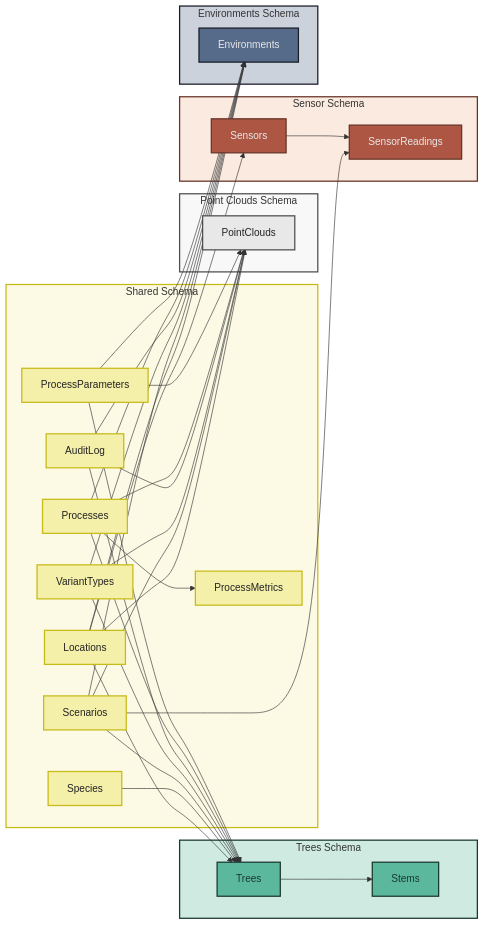
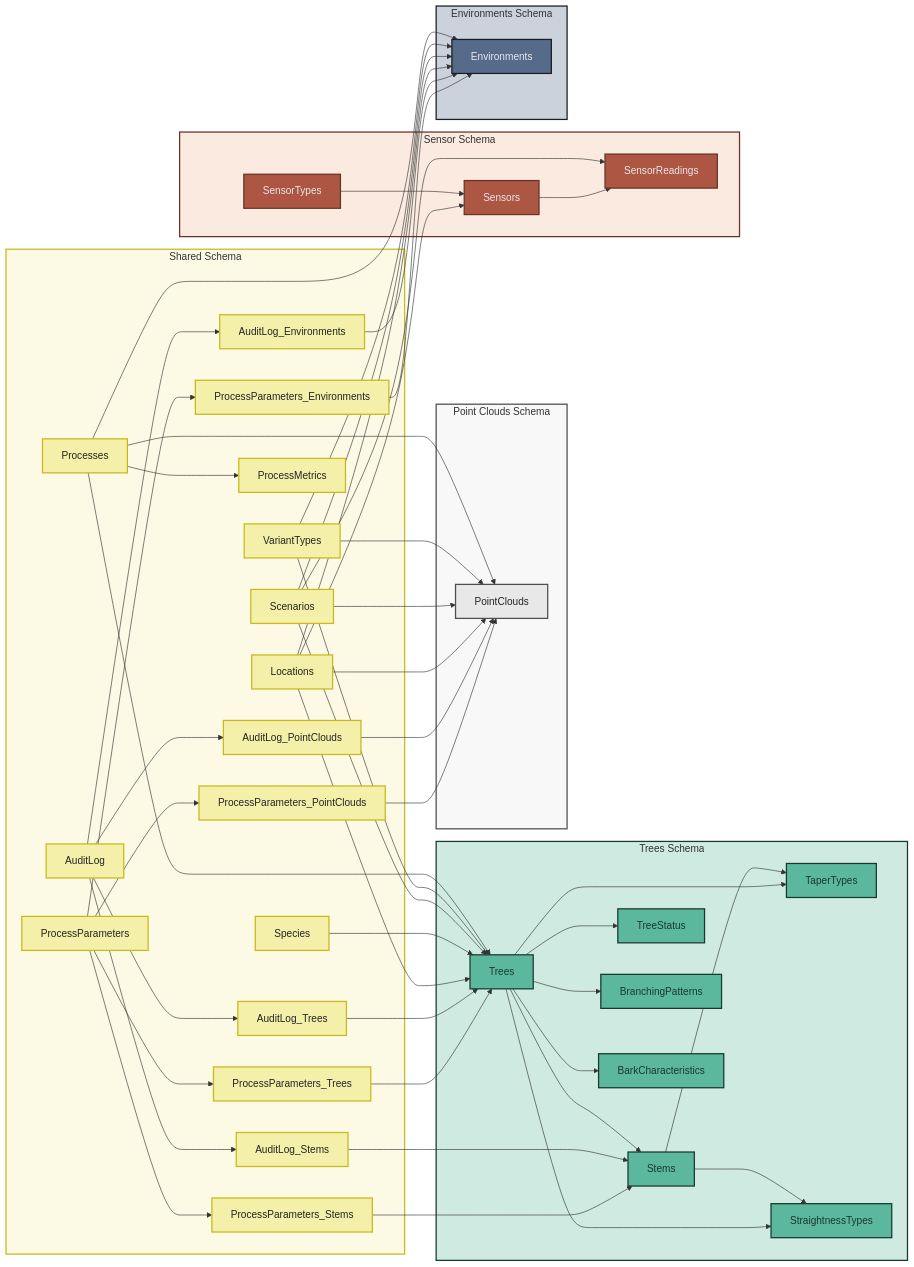
The first of 10 diagrams in docs/architecture/database.md (XRFutureForests/digital-twin-db), drawn with Mermaid before and after one commit. The commit also changed other lines of this file and 5 other files, not shown here.

```diff
--- a/docs/architecture/database.md
+++ b/docs/architecture/database.md
@@ -23,6 +23,14 @@
         SP[Processes]
         SPP[ProcessParameters]
         SPM[ProcessMetrics]
+        SPPPC[ProcessParameters_PointClouds]
+        SPPT[ProcessParameters_Trees]
+        SPPE[ProcessParameters_Environments]
+        SPPS[ProcessParameters_Stems]
+        SALPC[AuditLog_PointClouds]
+        SALT[AuditLog_Trees]
+        SALE[AuditLog_Environments]
+        SALS[AuditLog_Stems]
     end
     
     subgraph pointclouds ["Point Clouds Schema"]
@@ -32,16 +40,40 @@
     subgraph trees ["Trees Schema"]
         TV[Trees]
         TST[Stems]
+        TTS[TreeStatus]
+        TTT[TaperTypes]
+        TST2[StraightnessTypes]
+        TBP[BranchingPatterns]
+        TBC[BarkCharacteristics]
     end
     
     subgraph sensor ["Sensor Schema"]
         S[Sensors]
         SR[SensorReadings]
+        SST[SensorTypes]
     end
     
     subgraph environments ["Environments Schema"]
         EV[Environments]
     end
+    
+    %% Junction table connections
+    SPP --> SPPPC
+    SPP --> SPPT  
+    SPP --> SPPE
+    SPP --> SPPS
+    SAL --> SALPC
+    SAL --> SALT
+    SAL --> SALE
+    SAL --> SALS
+    SPPPC --> PCV
+    SPPT --> TV
+    SPPE --> EV
+    SPPS --> TST
+    SALPC --> PCV
+    SALT --> TV
+    SALE --> EV
+    SALS --> TST
     
     %% Cross-schema relationships
     SL --> PCV
@@ -49,6 +81,16 @@
     SL --> S
     SL --> EV
     SS --> TV
+    SST --> S
+    S --> SR
+    TV --> TST
+    TV --> TTS
+    TV --> TTT
+    TV --> TST2
+    TV --> TBP
+    TV --> TBC
+    TST --> TTT
+    TST --> TST2
     SC --> PCV
     SC --> TV
     SC --> SR
@@ -56,20 +98,10 @@
     SVT --> PCV
     SVT --> TV
     SVT --> EV
-    SAL --> PCV
-    SAL --> TV
-    SAL --> EV
     SP --> PCV
     SP --> TV
     SP --> EV
-    SPP --> PCV
-    SPP --> TV
-    SPP --> EV
-    
-    %% Within-schema relationships
-    S --> SR
     SP --> SPM
-    TV --> TST
 
     classDef sharedNodes fill:#F4EFA9,stroke:#c7bb1a,stroke-width:2px,color:#242424
     classDef pointcloudsNodes fill:#e8e8e8,stroke:#4f4f4f,stroke-width:2px,color:#242424
@@ -83,10 +115,10 @@
     classDef sensorSubgraph fill:#eeb896,fill-opacity:0.3,stroke:#673428,stroke-width:2px
     classDef environmentsSubgraph fill:#566b8a,fill-opacity:0.3,stroke:#181d26,stroke-width:2px
     
-    class SL,SS,SC,SVT,SAL,SP,SPP,SPM sharedNodes
+    class SL,SS,SC,SVT,SAL,SP,SPP,SPM,SPPPC,SPPT,SPPE,SPPS,SALPC,SALT,SALE,SALS sharedNodes
     class PCV pointcloudsNodes
-    class TV,TST treesNodes
-    class S,SR sensorNodes
+    class TV,TST,TTS,TTT,TST2,TBP,TBC treesNodes
+    class S,SR,SST sensorNodes
     class EV environmentsNodes
     
     class shared sharedSubgraph
```
